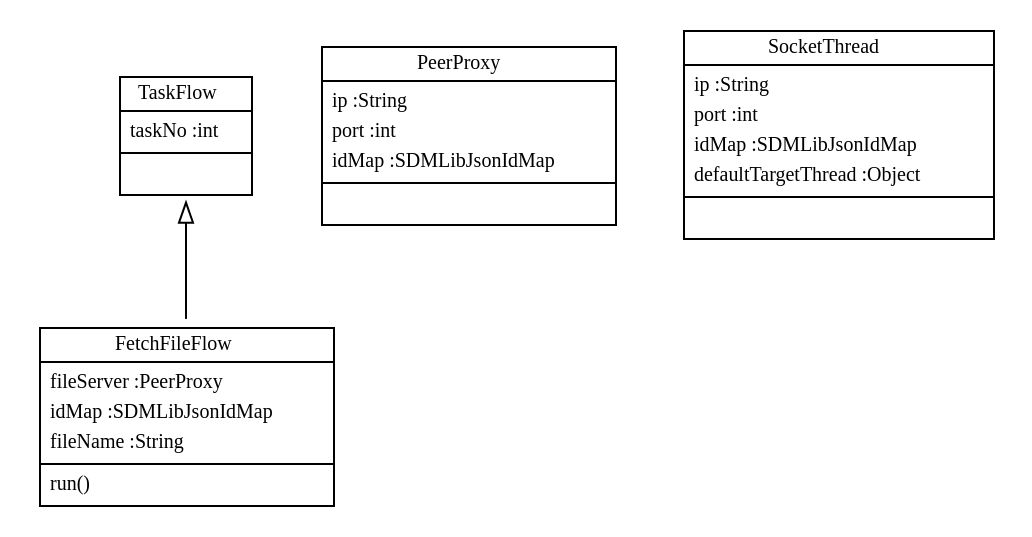
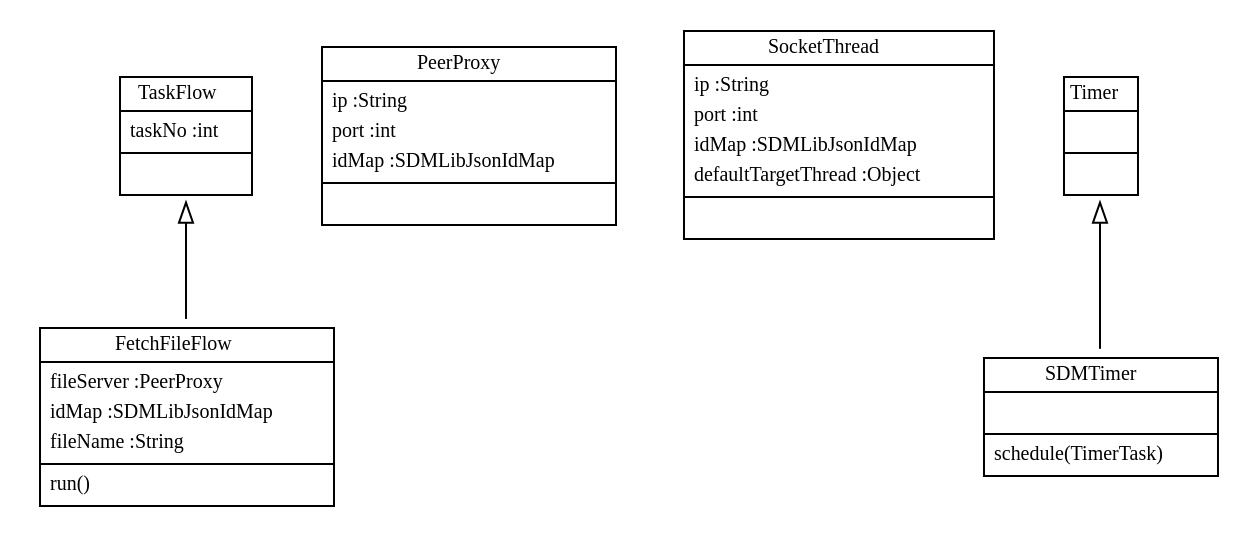
One commit to fujaba/SDMLib changed the diagram in doc/taskflowmodeldiag.dot. Above: the diagram before and after it, drawn with Graphviz. The commit also changed 27 other files, not shown here.

```diff
--- a/doc/taskflowmodeldiag.dot
+++ b/doc/taskflowmodeldiag.dot
@@ -1,15 +1,18 @@
 
  digraph ClassDiagram {
     node [shape = none, fontsize = 10]; 
     edge [fontsize = 10];
     
     
     _TaskFlow [label=<<table border='0' cellborder='1' cellspacing='0'> <tr> <td>TaskFlow</td> </tr> <tr><td><table border='0' cellborder='0' cellspacing='0'> <tr><td align='left'>taskNo :int</td></tr>  </table></td></tr> <tr><td><table border='0' cellborder='0' cellspacing='0'> <tr><td> </td></tr> </table></td></tr> </table>>];
     _PeerProxy [label=<<table border='0' cellborder='1' cellspacing='0'> <tr> <td>PeerProxy</td> </tr> <tr><td><table border='0' cellborder='0' cellspacing='0'> <tr><td align='left'>ip :String</td></tr> <tr><td align='left'>port :int</td></tr> <tr><td align='left'>idMap :SDMLibJsonIdMap</td></tr>  </table></td></tr> <tr><td><table border='0' cellborder='0' cellspacing='0'> <tr><td> </td></tr> </table></td></tr> </table>>];
     _SocketThread [label=<<table border='0' cellborder='1' cellspacing='0'> <tr> <td>SocketThread</td> </tr> <tr><td><table border='0' cellborder='0' cellspacing='0'> <tr><td align='left'>ip :String</td></tr> <tr><td align='left'>port :int</td></tr> <tr><td align='left'>idMap :SDMLibJsonIdMap</td></tr> <tr><td align='left'>defaultTargetThread :Object</td></tr>  </table></td></tr> <tr><td><table border='0' cellborder='0' cellspacing='0'> <tr><td> </td></tr> </table></td></tr> </table>>];
     _FetchFileFlow [label=<<table border='0' cellborder='1' cellspacing='0'> <tr> <td>FetchFileFlow</td> </tr> <tr><td><table border='0' cellborder='0' cellspacing='0'> <tr><td align='left'>fileServer :PeerProxy</td></tr> <tr><td align='left'>idMap :SDMLibJsonIdMap</td></tr> <tr><td align='left'>fileName :String</td></tr>  </table></td></tr> <tr><td><table border='0' cellborder='0' cellspacing='0'> <tr><td align='left'>run()</td></tr>  </table></td></tr> </table>>];
+    _Timer [label=<<table border='0' cellborder='1' cellspacing='0'> <tr> <td>Timer</td> </tr> <tr><td><table border='0' cellborder='0' cellspacing='0'> <tr><td> </td></tr> </table></td></tr> <tr><td><table border='0' cellborder='0' cellspacing='0'> <tr><td> </td></tr> </table></td></tr> </table>>];
+    _SDMTimer [label=<<table border='0' cellborder='1' cellspacing='0'> <tr> <td>SDMTimer</td> </tr> <tr><td><table border='0' cellborder='0' cellspacing='0'> <tr><td> </td></tr> </table></td></tr> <tr><td><table border='0' cellborder='0' cellspacing='0'> <tr><td align='left'>schedule(TimerTask)</td></tr>  </table></td></tr> </table>>];
     
     
     
     _TaskFlow ->  _FetchFileFlow [dir = "back" arrowtail = "empty"];
+    _Timer ->  _SDMTimer [dir = "back" arrowtail = "empty"];
 }
```
